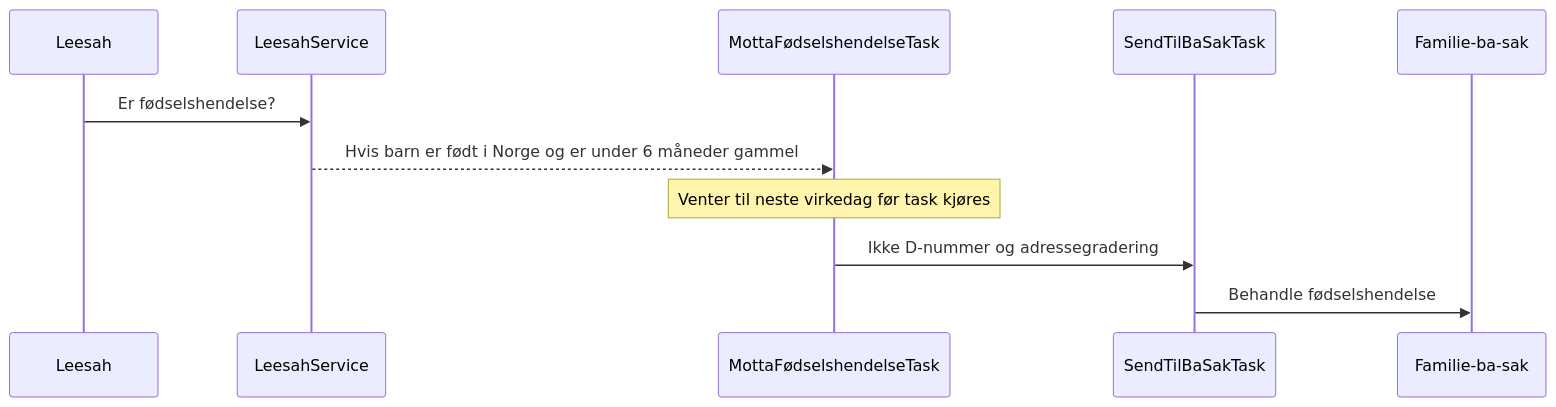
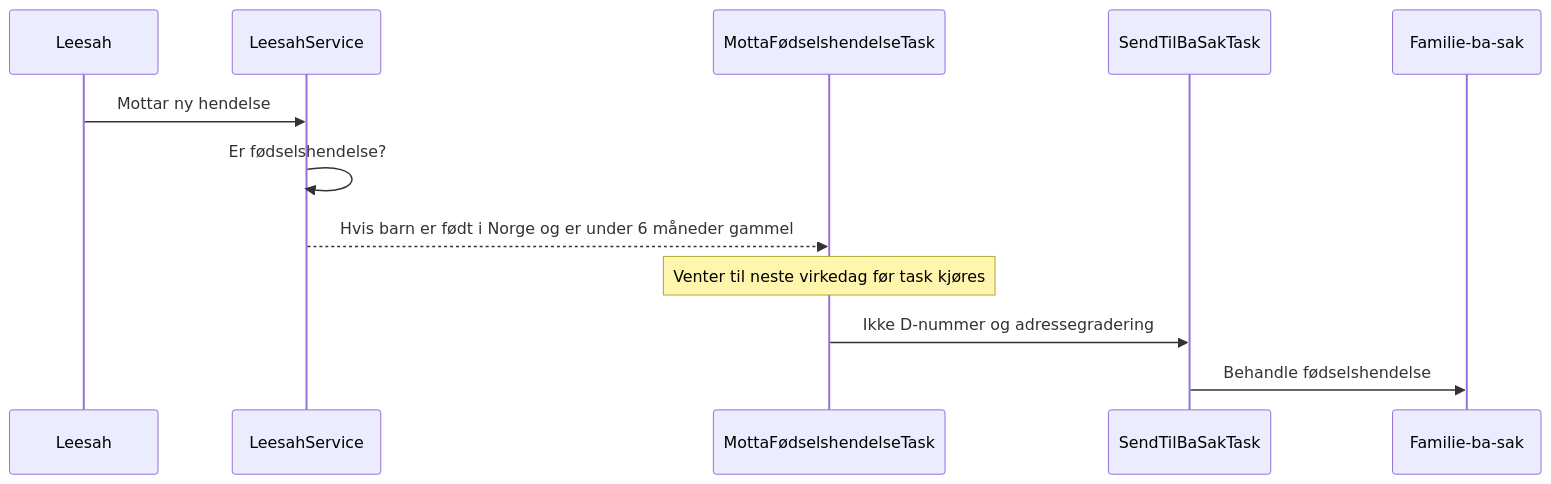
The first of 4 diagrams in README.md (navikt/familie-baks-mottak), drawn with Mermaid before and after one commit. The commit also changed other lines of this file, not shown here.

````diff
--- a/README.md
+++ b/README.md
@@ -48,8 +48,9 @@
 ```mermaid
 sequenceDiagram
-Leesah->>LeesahService: Er fødselshendelse?
+Leesah->>LeesahService: Mottar ny hendelse
+LeesahService->>LeesahService: Er fødselshendelse?
 LeesahService-->>MottaFødselshendelseTask: Hvis barn er født i Norge og er under 6 måneder gammel
 note over MottaFødselshendelseTask: Venter til neste virkedag før task kjøres
 MottaFødselshendelseTask->>SendTilBaSakTask: Ikke D-nummer og adressegradering
 SendTilBaSakTask->>Familie-ba-sak: Behandle fødselshendelse
 ```
````
